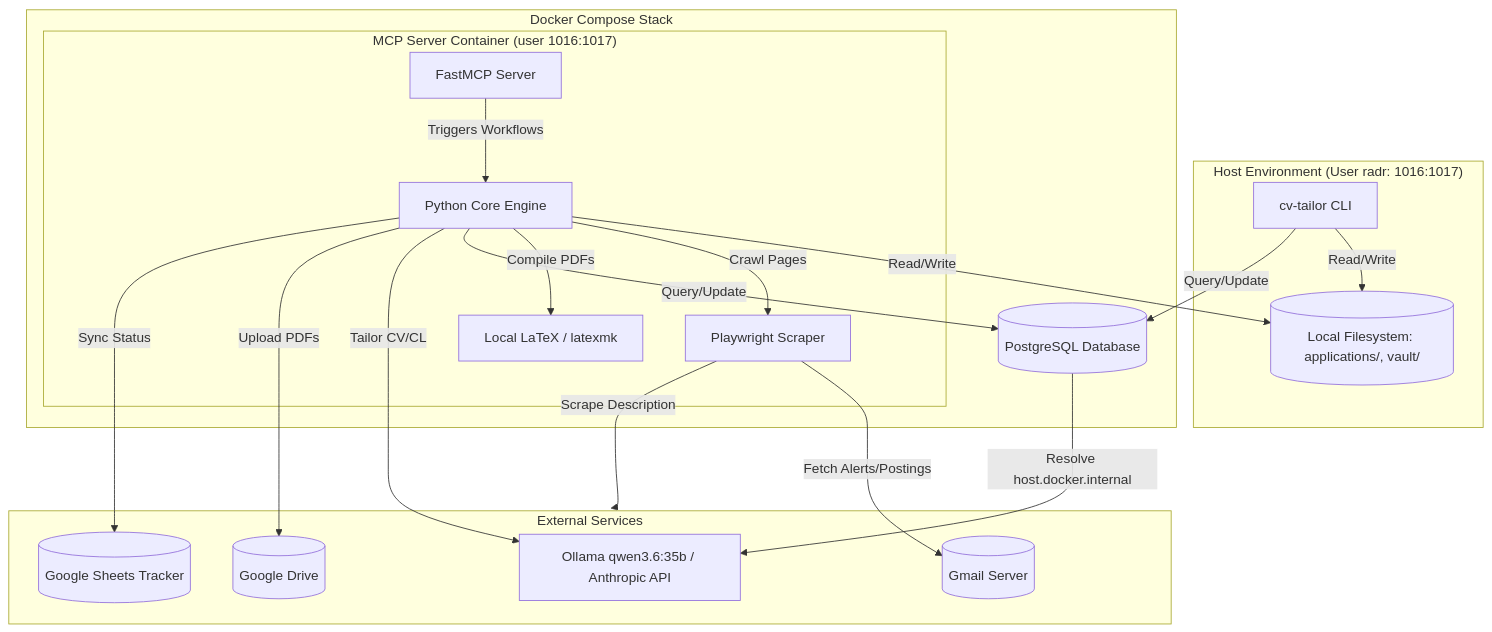
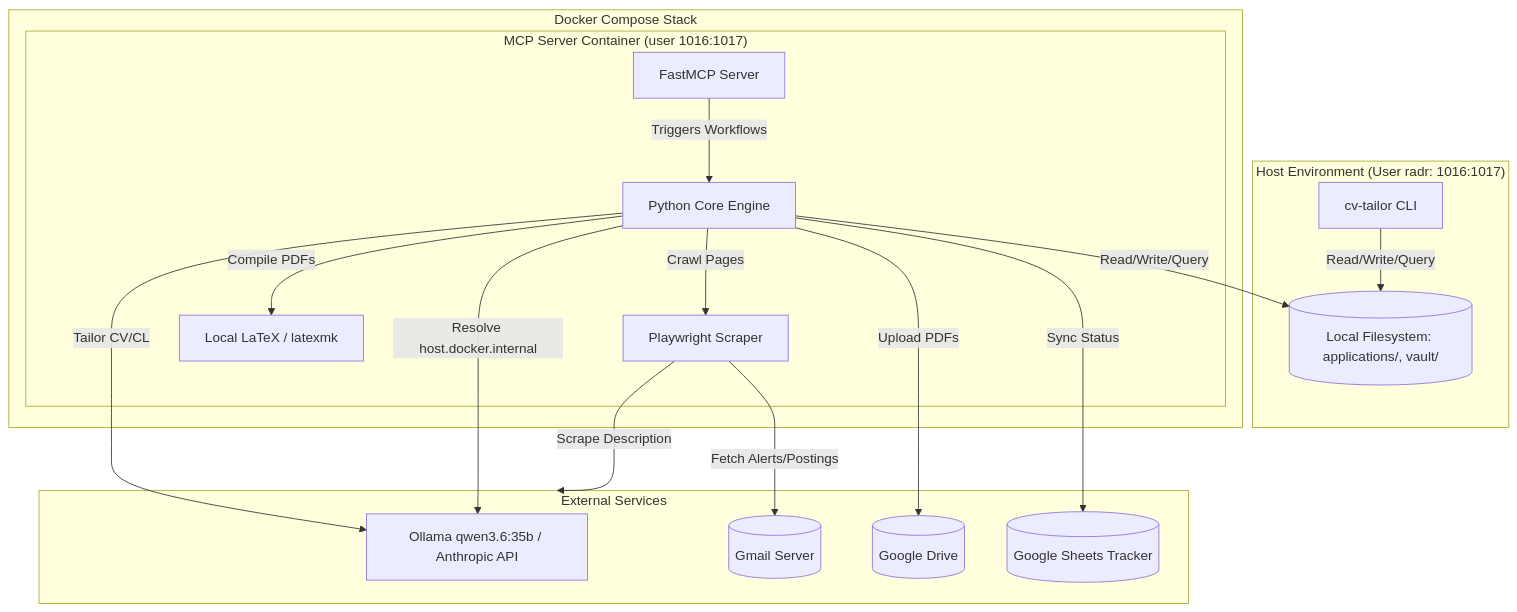
The first of 5 diagrams in docs/architecture.md (radheem/my-cv), drawn with Mermaid before and after one commit. The commit also changed other lines of this file and 46 other files, not shown here.

````diff
--- a/docs/architecture.md
+++ b/docs/architecture.md
@@ -8,44 +8,40 @@
 ```mermaid
 flowchart TB
     subgraph Host ["Host Environment (User radr: 1016:1017)"]
         CLI[cv-tailor CLI]
         FILES[(Local Filesystem: applications/, vault/)]
     end
 
     subgraph Docker ["Docker Compose Stack"]
         subgraph mcp_container ["MCP Server Container (user 1016:1017)"]
             MCPS[FastMCP Server]
             ENGINE[Python Core Engine]
             PLAY[Playwright Scraper]
             LATEX[Local LaTeX / latexmk]
         end
-        
-        DB[(PostgreSQL Database)]
     end
 
     subgraph External ["External Services"]
         LLM[Ollama qwen3.6:35b / Anthropic API]
         GMAIL[(Gmail Server)]
         DRIVE[(Google Drive)]
         SHEETS[(Google Sheets Tracker)]
     end
 
     %% Host connections
-    CLI -->|Read/Write| FILES
-    CLI -->|Query/Update| DB
+    CLI -->|Read/Write/Query| FILES
 
     %% MCP connections
     MCPS -->|Triggers Workflows| ENGINE
-    ENGINE -->|Read/Write| FILES
+    ENGINE -->|Read/Write/Query| FILES
     ENGINE -->|Crawl Pages| PLAY
     ENGINE -->|Compile PDFs| LATEX
-    ENGINE -->|Query/Update| DB
 
     %% External connections
     PLAY -->|Fetch Alerts/Postings| GMAIL
     PLAY -->|Scrape Description| External
     ENGINE -->|Tailor CV/CL| LLM
     ENGINE -->|Upload PDFs| DRIVE
     ENGINE -->|Sync Status| SHEETS
-    DB -->|Resolve host.docker.internal| LLM
+    ENGINE -->|Resolve host.docker.internal| LLM
 ```
````
